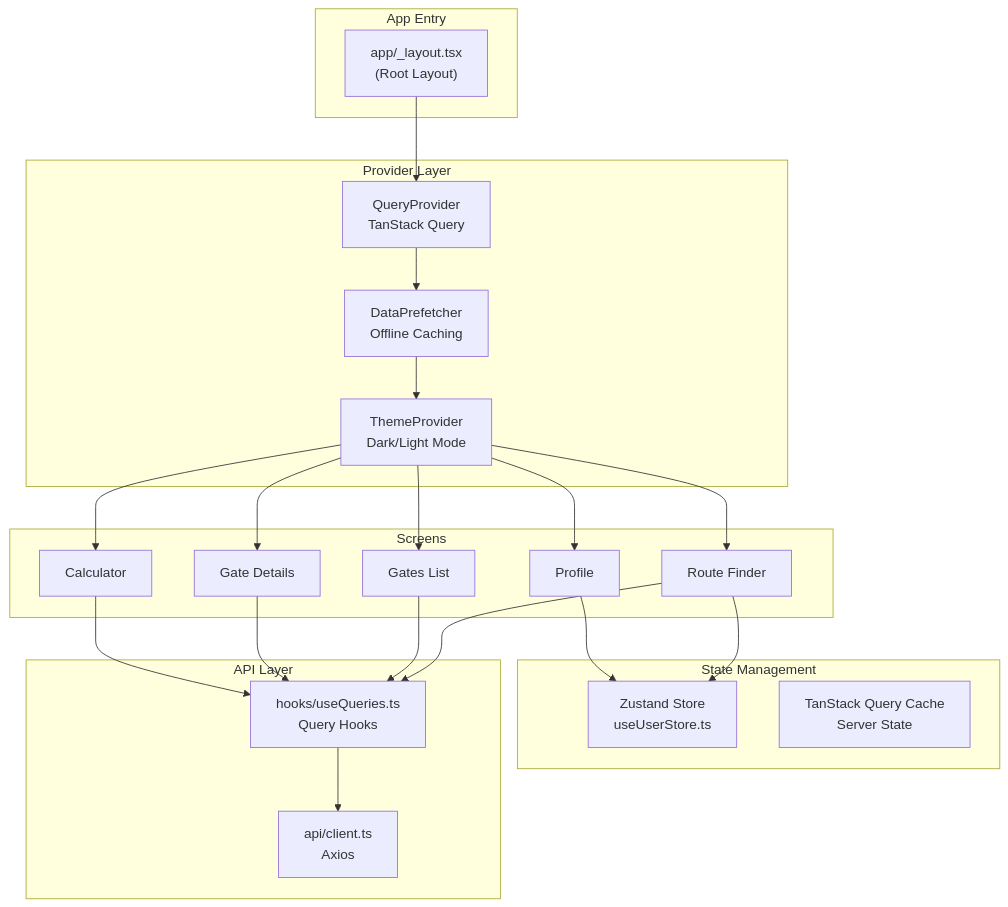
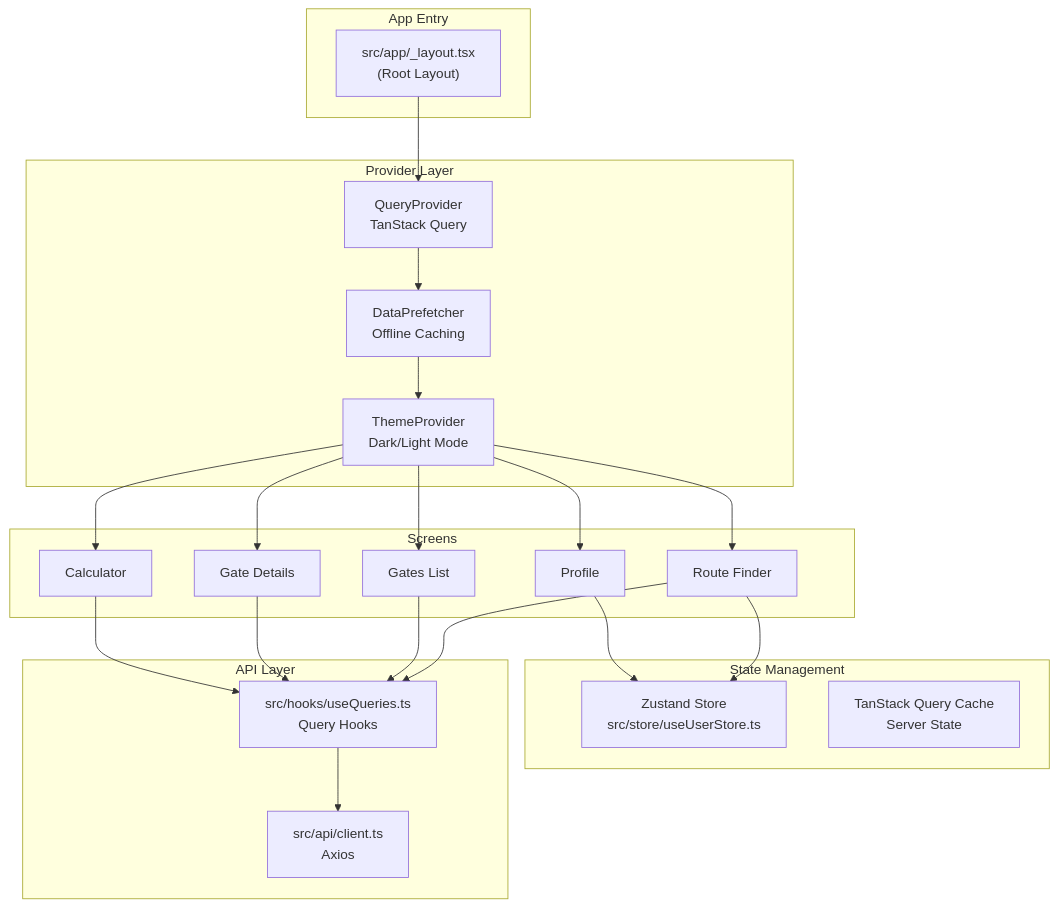
The diagram in docs/DESIGN.md (Doomd/star_seeker), drawn with Mermaid before and after one commit. The commit also changed other lines of this file and 4 other files, not shown here.

````diff
--- a/docs/DESIGN.md
+++ b/docs/DESIGN.md
@@ -36,35 +36,35 @@
 ```mermaid
 graph TB
     subgraph "App Entry"
-        A["app/_layout.tsx<br/>(Root Layout)"]
+        A["src/app/_layout.tsx<br/>(Root Layout)"]
     end
 
     subgraph "Provider Layer"
         B[QueryProvider<br/>TanStack Query]
         C[DataPrefetcher<br/>Offline Caching]
         D[ThemeProvider<br/>Dark/Light Mode]
     end
 
     subgraph "State Management"
-        E[Zustand Store<br/>useUserStore.ts]
+        E[Zustand Store<br/>src/store/useUserStore.ts]
         F[TanStack Query Cache<br/>Server State]
     end
 
     subgraph "Screens"
         G[Route Finder]
         H[Gates List]
         I[Gate Details]
         J[Calculator]
         K[Profile]
     end
 
     subgraph "API Layer"
-        L[api/client.ts<br/>Axios]
-        M[hooks/useQueries.ts<br/>Query Hooks]
+        L[src/api/client.ts<br/>Axios]
+        M[src/hooks/useQueries.ts<br/>Query Hooks]
     end
 
     A --> B --> C --> D
     D --> G & H & I & J & K
     G & H & I & J --> M --> L
     G & K --> E
 ```
````
